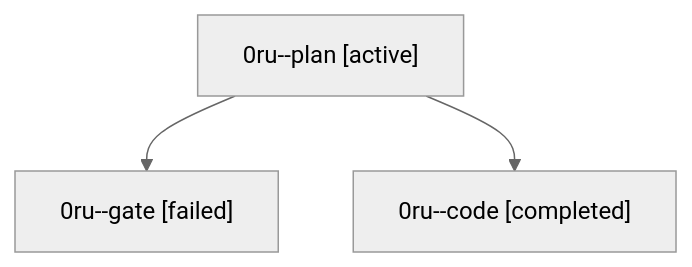
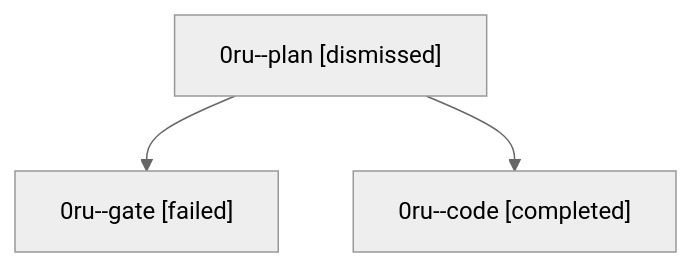
Before and after one commit to sase-org/sase--agents: the diagram in sessions/bbugyi200.athena.0ru.md, drawn with Mermaid (neutral theme). The commit also changed other lines of this file and 43 other files, not shown here.

````diff
--- a/sessions/bbugyi200.athena.0ru.md
+++ b/sessions/bbugyi200.athena.0ru.md
@@ -9,8 +9,8 @@
 ```mermaid
 flowchart TD
-  n0["0ru--plan [active]"]
+  n0["0ru--plan [dismissed]"]
   n1["0ru--gate [failed]"]
   n0 --> n1
   n2["0ru--code [completed]"]
   n0 --> n2
 ```
````
